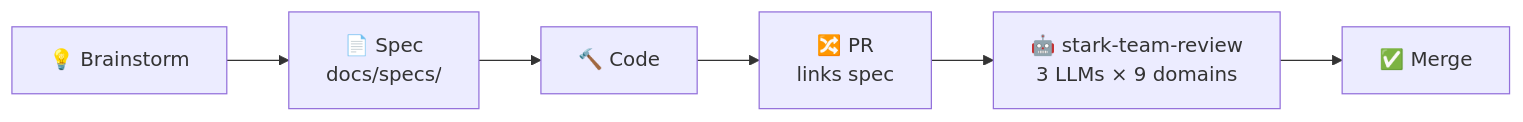
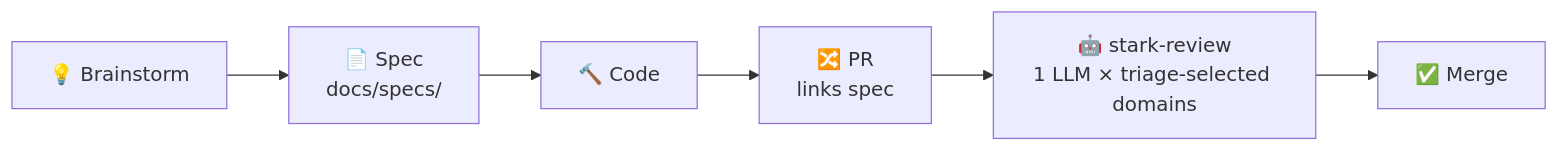
One commit to 21-Stark-AI/stark-skills changed the diagram in standards/templates/docs-index.md. Above: the diagram before and after it, drawn with Mermaid. The commit also changed other lines of this file and 31 other files, not shown here.

First line of the commit message:
chore(skills): retire stark-team-review

````diff
--- a/standards/templates/docs-index.md
+++ b/standards/templates/docs-index.md
@@ -11,8 +11,8 @@
 ```mermaid
 flowchart LR
     A[💡 Brainstorm] --> B[📄 Spec\ndocs/specs/]
     B --> C[🔨 Code]
     C --> D[🔀 PR\nlinks spec]
-    D --> E[🤖 stark-team-review\n3 LLMs × 9 domains]
+    D --> E[🤖 stark-review\n1 LLM × triage-selected domains]
     E --> F[✅ Merge]
 ```
````
